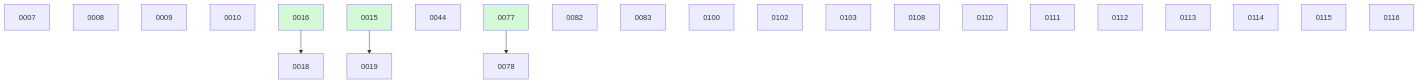
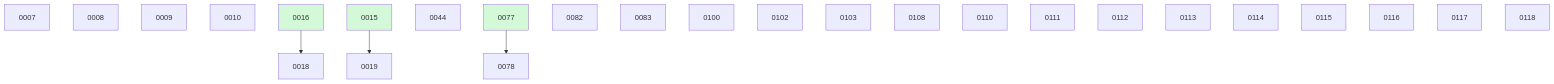
One commit to danielhanold/docket changed the diagram in docs/changes/BOARD.md. Above: the diagram before and after it, drawn with Mermaid. The commit also changed other lines of this file, not shown here.

````diff
--- a/docs/changes/BOARD.md
+++ b/docs/changes/BOARD.md
@@ -46,28 +43,30 @@
 ```mermaid
 graph TD
   0007
   0008
   0009
   0010
   0016 --> 0018
   0015 --> 0019
   0044
   0077 --> 0078
   0082
   0083
   0100
   0102
   0103
   0108
   0110
   0111
   0112
   0113
   0114
   0115
   0116
+  0117
+  0118
   0015:::done
   0016:::done
   0077:::done
   classDef done fill:#d3f9d8;
 ```
````
